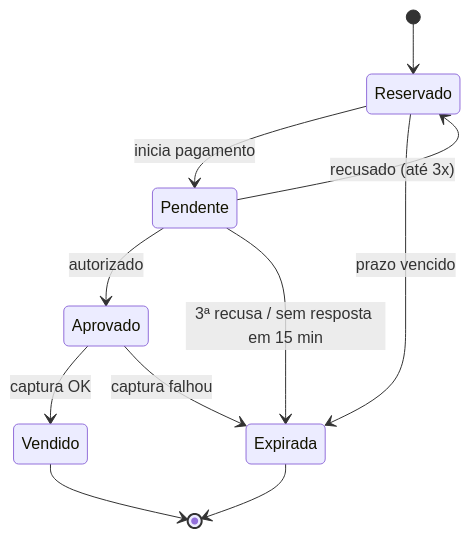
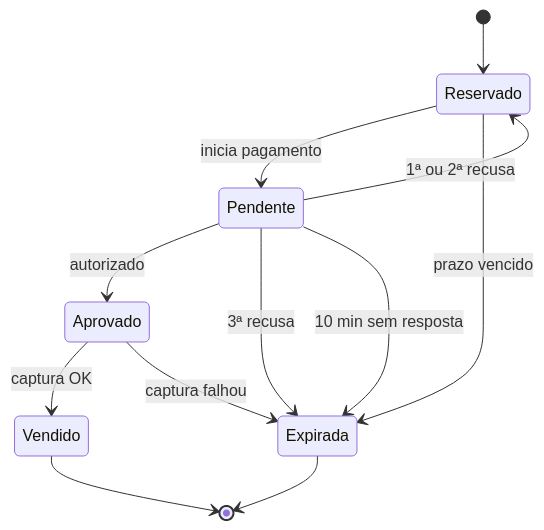
The second of 3 diagrams in README.md (viniciusnau/rock-in-rio-ticketing-architecture), drawn with Mermaid before and after one commit. The commit also changed other lines of this file, not shown here.

````diff
--- a/README.md
+++ b/README.md
@@ -95,13 +96,14 @@
 ```mermaid
 stateDiagram-v2
     [*] --> Reservado
     Reservado --> Pendente: inicia pagamento
     Pendente --> Aprovado: autorizado
     Aprovado --> Vendido: captura OK
-    Pendente --> Reservado: recusado (até 3x)
+    Pendente --> Reservado: 1ª ou 2ª recusa
     Reservado --> Expirada: prazo vencido
-    Pendente --> Expirada: 3ª recusa / sem resposta em 15 min
+    Pendente --> Expirada: 3ª recusa
+    Pendente --> Expirada: 10 min sem resposta
     Aprovado --> Expirada: captura falhou
     Vendido --> [*]
     Expirada --> [*]
 ```
````
